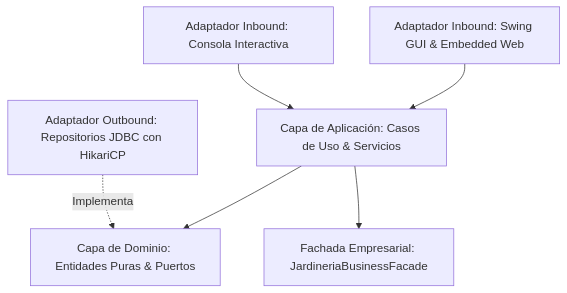
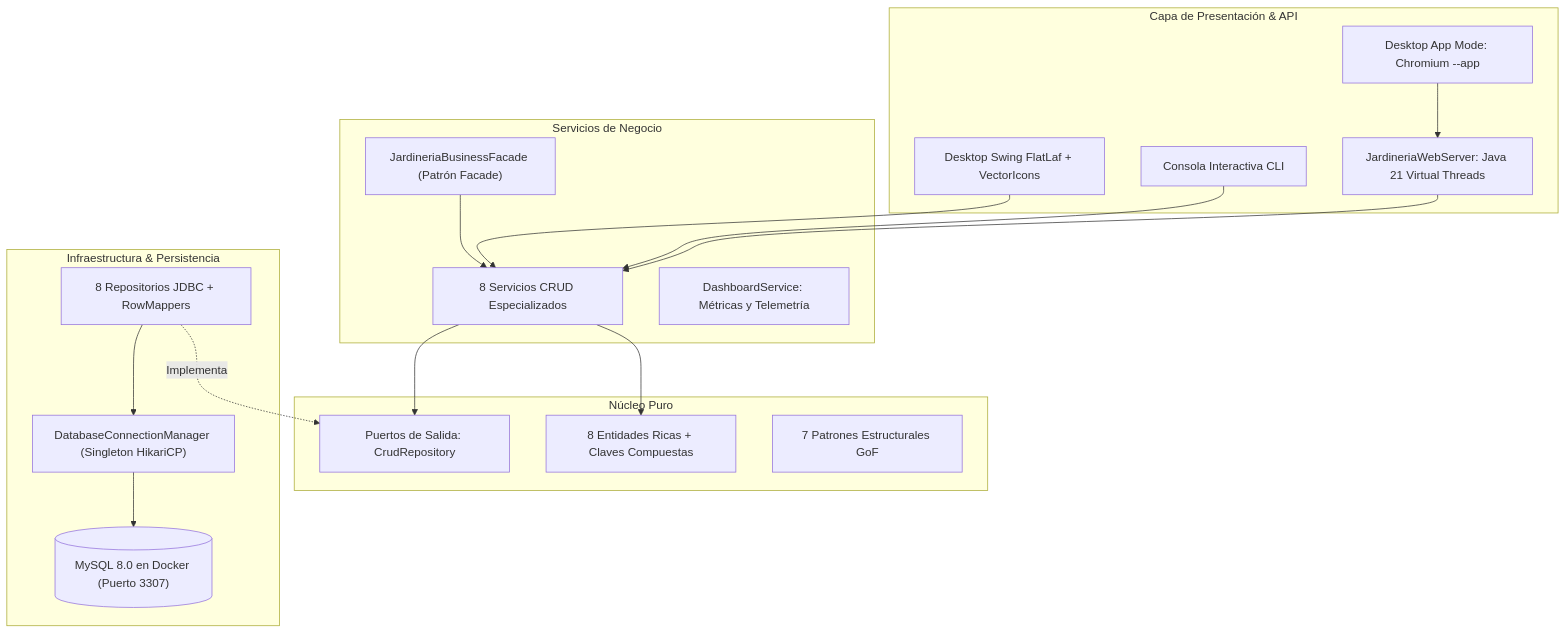
Before and after one commit to DEIMER-PY/gestion-db-jardineria: the diagram in README.md, drawn with Mermaid. The commit also changed other lines of this file and 1 other file, not shown here.

````diff
--- a/README.md
+++ b/README.md
@@ -11,8 +11,38 @@
 ```mermaid
 graph TD
-    UI["Adaptador Inbound: Swing GUI & Embedded Web"] --> APP["Capa de Aplicación: Casos de Uso & Servicios"]
-    CLI["Adaptador Inbound: Consola Interactiva"] --> APP
-    APP --> DOM["Capa de Dominio: Entidades Puras & Puertos"]
-    APP --> FACADE["Fachada Empresarial: JardineriaBusinessFacade"]
-    INFRA["Adaptador Outbound: Repositorios JDBC con HikariCP"] -.->|Implementa| DOM
+    subgraph Adaptadores Inbound [Capa de Presentación & API]
+        SWING["Desktop Swing FlatLaf + VectorIcons"]
+        WEBAPP["Desktop App Mode: Chromium --app"]
+        CLI["Consola Interactiva CLI"]
+        SERVER["JardineriaWebServer: Java 21 Virtual Threads"]
+    end
+
+    subgraph Capa de Aplicación [Servicios de Negocio]
+        SERV["8 Servicios CRUD Especializados"]
+        DASH["DashboardService: Métricas y Telemetría"]
+        FACADE["JardineriaBusinessFacade (Patrón Facade)"]
+    end
+
+    subgraph Capa de Dominio [Núcleo Puro]
+        MODEL["8 Entidades Ricas + Claves Compuestas"]
+        PORTS["Puertos de Salida: CrudRepository<T, ID>"]
+        GOF["7 Patrones Estructurales GoF"]
+    end
+
+    subgraph Adaptadores Outbound [Infraestructura & Persistencia]
+        HIKARI["DatabaseConnectionManager (Singleton HikariCP)"]
+        JDBC["8 Repositorios JDBC + RowMappers"]
+        MYSQL[("MySQL 8.0 en Docker (Puerto 3307)")]
+    end
+
+    SWING --> SERV
+    WEBAPP --> SERVER
+    SERVER --> SERV
+    CLI --> SERV
+    SERV --> MODEL
+    SERV --> PORTS
+    FACADE --> SERV
+    JDBC -.->|Implementa| PORTS
+    JDBC --> HIKARI
+    HIKARI --> MYSQL
 ```
````
